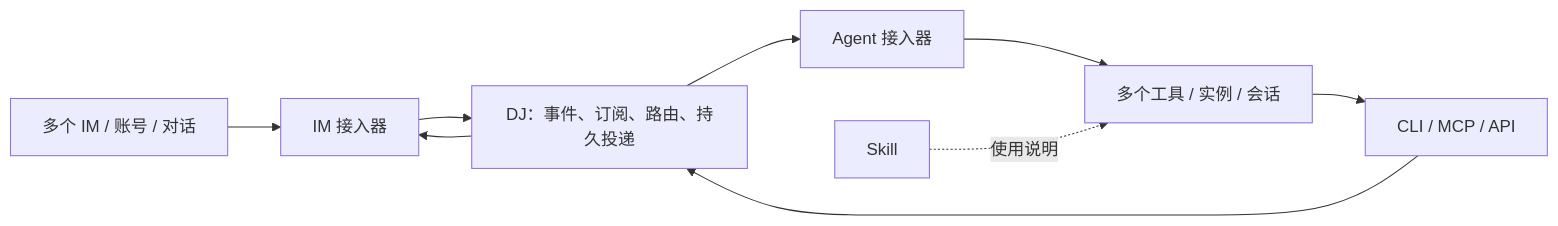
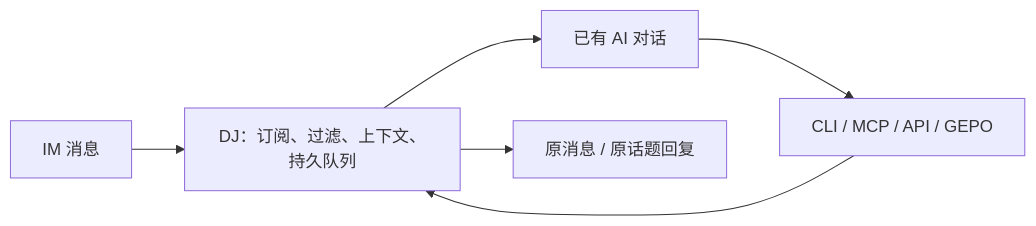
One commit to liuchong/dj changed the diagram in README.md. Above: the diagram before and after it, drawn with Mermaid. The commit also changed other lines of this file and 58 other files, not shown here.

````diff
--- a/README.md
+++ b/README.md
@@ -21,11 +24,8 @@
 ```mermaid
 flowchart LR
-  I[多个 IM / 账号 / 对话] --> C[IM 接入器]
-  C --> D[DJ：事件、订阅、路由、持久投递]
-  D --> A[Agent 接入器]
-  A --> S[多个工具 / 实例 / 会话]
-  S --> T[CLI / MCP / API]
-  T --> D
-  D --> C
-  K[Skill] -.使用说明.-> S
+  IM[IM 消息] --> DJ[DJ：订阅、过滤、上下文、持久队列]
+  DJ --> Agent[已有 AI 对话]
+  Agent --> API[CLI / MCP / API / GEPO]
+  API --> DJ
+  DJ --> Reply[原消息 / 原话题回复]
 ```
````
